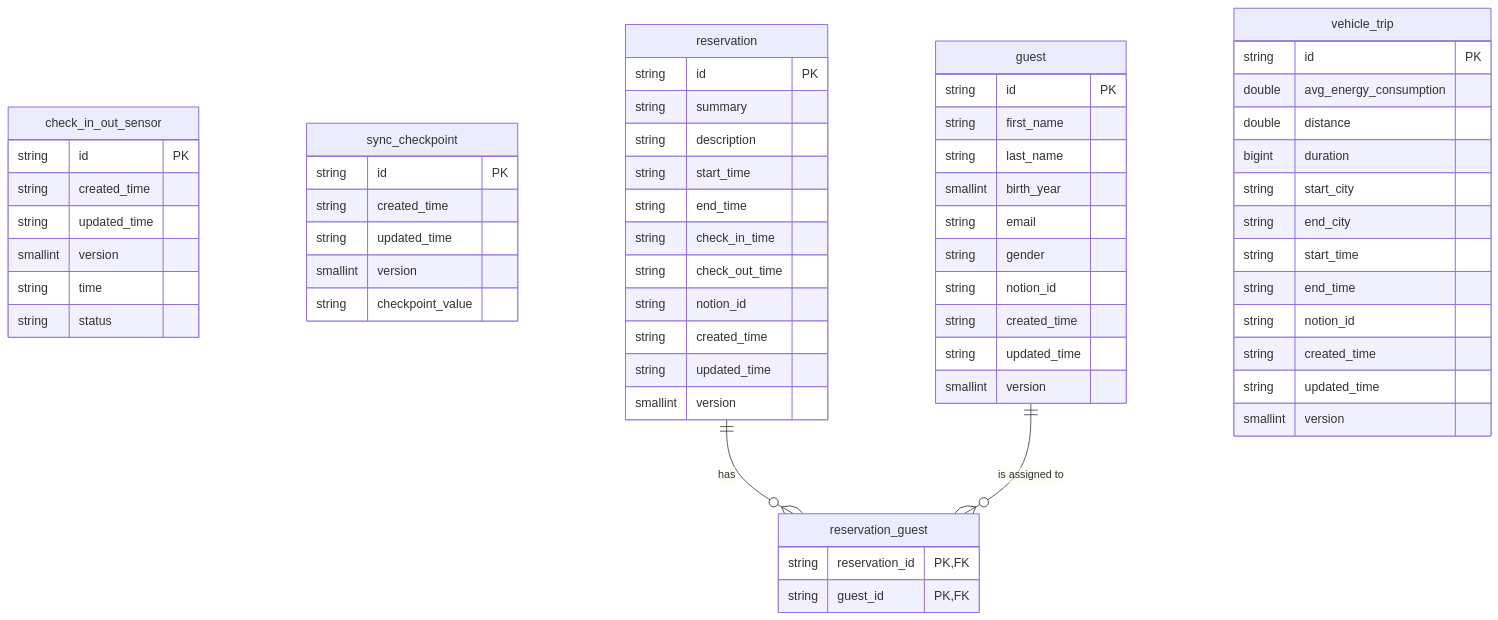
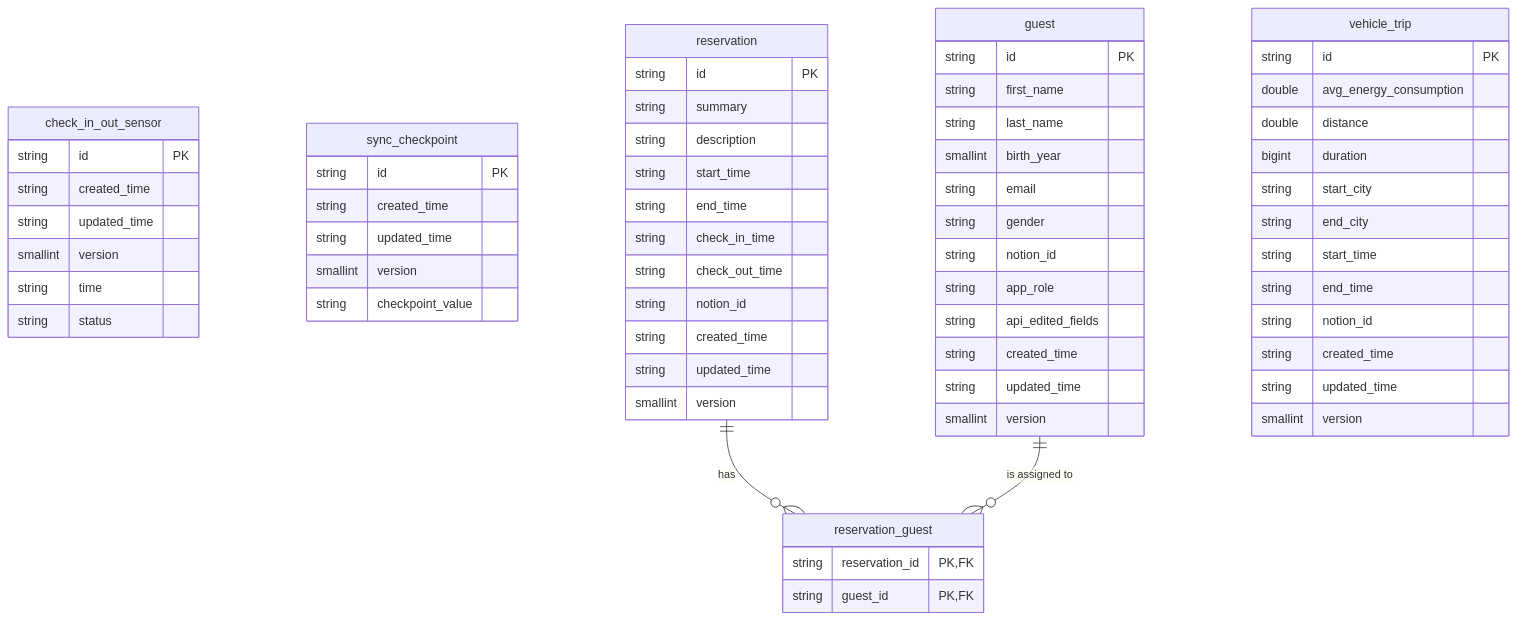
The diagram in docs/database_schema.md (ismarslomic/cabin-visits-kotlin), drawn with Mermaid before and after one commit. The commit also changed 38 other files, not shown here.

````diff
--- a/docs/database_schema.md
+++ b/docs/database_schema.md
@@ -3,69 +3,71 @@
 ```mermaid
 erDiagram
     check_in_out_sensor {
         string id PK
         string created_time
         string updated_time
         smallint version
         string time
         string status
     }
 
     sync_checkpoint {
         string id PK
         string created_time
         string updated_time
         smallint version
         string checkpoint_value
     }
 
     guest {
         string id PK
         string first_name
         string last_name
         smallint birth_year
         string email
         string gender
         string notion_id
+        string app_role
+        string api_edited_fields
         string created_time
         string updated_time
         smallint version
     }
 
     reservation {
         string id PK
         string summary
         string description
         string start_time
         string end_time
         string check_in_time
         string check_out_time
         string notion_id
         string created_time
         string updated_time
         smallint version
     }
 
     reservation_guest {
         string reservation_id PK, FK
         string guest_id PK, FK
     }
 
     vehicle_trip {
         string id PK
         double avg_energy_consumption
         double distance
         bigint duration
         string start_city
         string end_city
         string start_time
         string end_time
         string notion_id
         string created_time
         string updated_time
         smallint version
     }
 
     reservation ||--o{ reservation_guest: "has"
     guest ||--o{ reservation_guest: "is assigned to"
 ```
````
